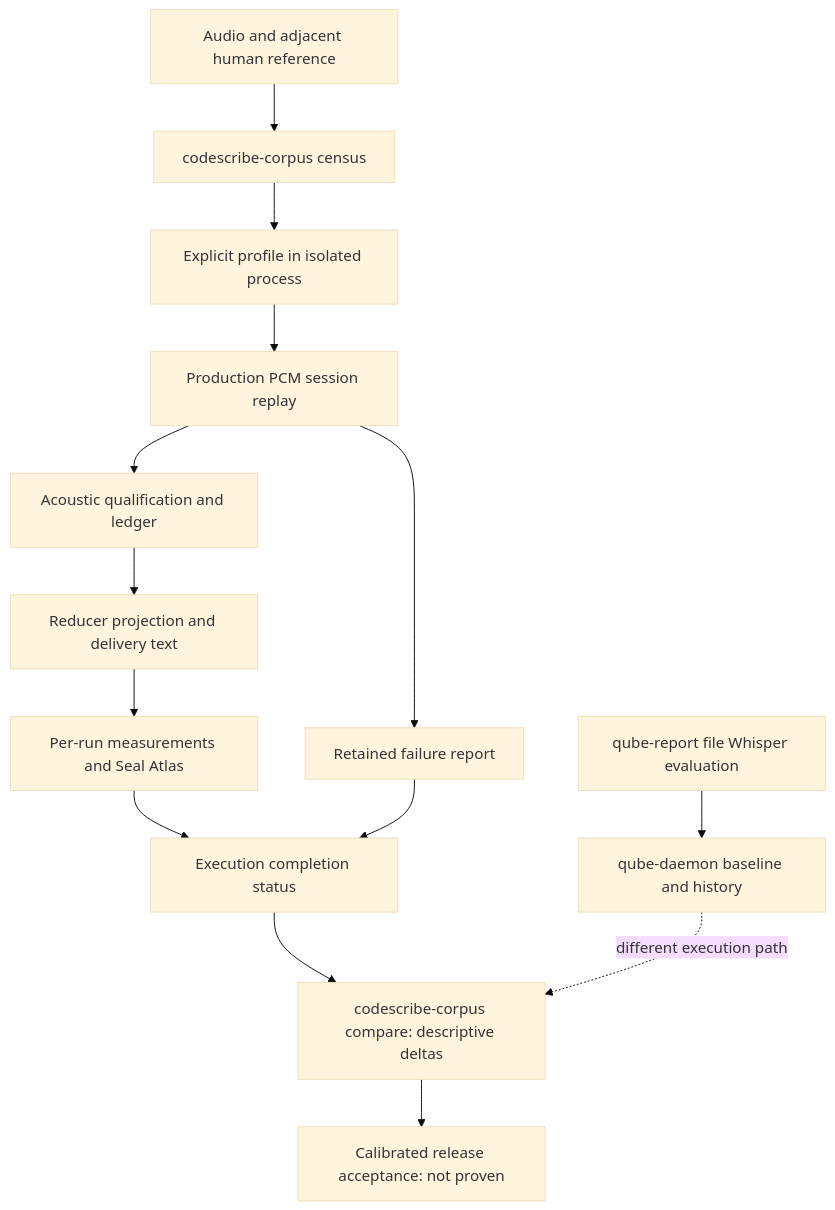
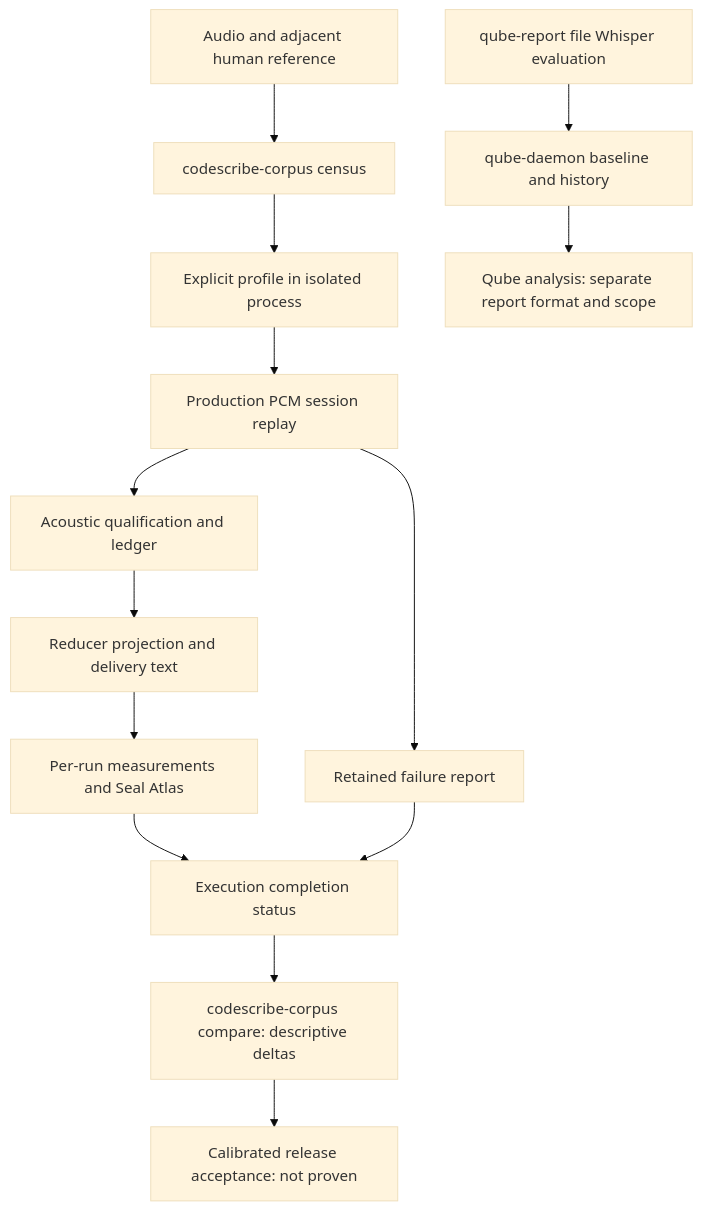
Before and after one commit to vetcoders/codescribe: the diagram in docs/quality-reports/REPEATABLE_ACCEPTANCE.md, drawn with Mermaid (base theme). The commit also changed other lines of this file, not shown here.

````diff
--- a/docs/quality-reports/REPEATABLE_ACCEPTANCE.md
+++ b/docs/quality-reports/REPEATABLE_ACCEPTANCE.md
@@ -12,16 +12,16 @@
 ```mermaid
 flowchart TD
     A[Audio and adjacent human reference] --> B[codescribe-corpus census]
     B --> C[Explicit profile in isolated process]
     C --> D[Production PCM session replay]
     D --> E[Acoustic qualification and ledger]
     E --> F[Reducer projection and delivery text]
     F --> G[Per-run measurements and Seal Atlas]
     D --> X[Retained failure report]
     G --> H[Execution completion status]
     X --> H
     H --> I[codescribe-corpus compare: descriptive deltas]
     I --> R[Calibrated release acceptance: not proven]
     J[qube-report file Whisper evaluation] --> K[qube-daemon baseline and history]
-    K -. different execution path .-> I
+    K --> Q[Qube analysis: separate report format and scope]
 ```
````
